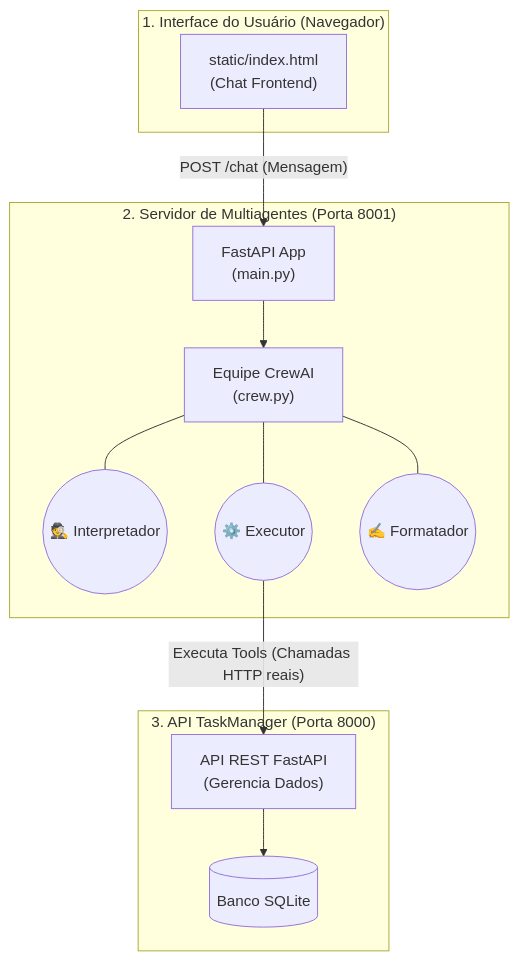
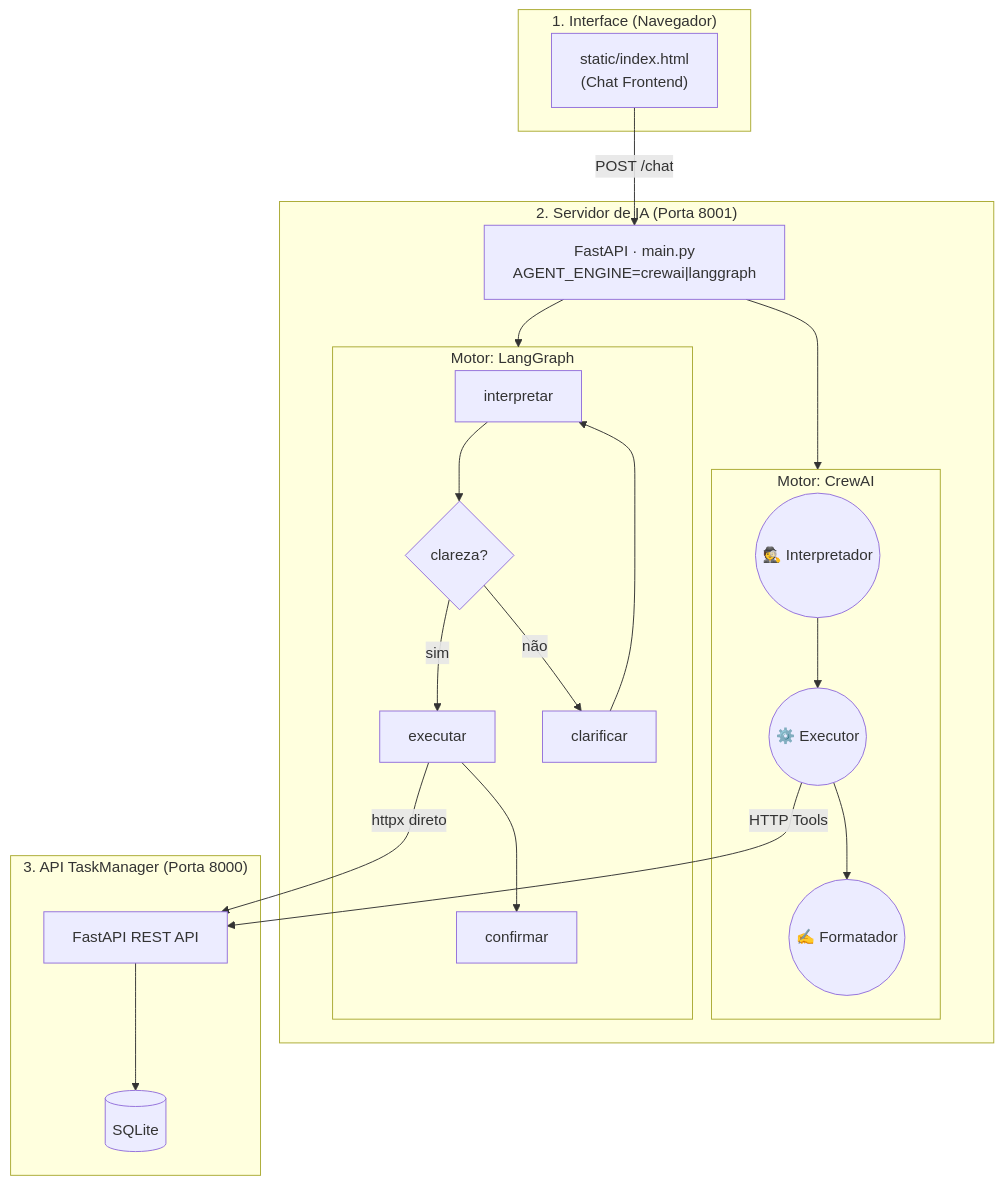
Before and after one commit to ElyssonAlvs/TaskAgentV2: the diagram in README.md, drawn with Mermaid. The commit also changed other lines of this file and 1 other file, not shown here.

````diff
--- a/README.md
+++ b/README.md
@@ -39,27 +80,41 @@
 ```mermaid
 graph TD
-    subgraph Cliente ["1. Interface do Usuário (Navegador)"]
+    subgraph Cliente ["1. Interface (Navegador)"]
         UI["static/index.html<br>(Chat Frontend)"]
     end
 
-    subgraph Orquestrador ["2. Servidor de Multiagentes (Porta 8001)"]
-        FastAPI["FastAPI App<br>(main.py)"]
-        Crew["Equipe CrewAI<br>(crew.py)"]
-        
-        A1(("🕵️ Interpretador"))
-        A2(("⚙️ Executor"))
-        A3(("✍️ Formatador"))
-        
-        FastAPI --> Crew
-        Crew --- A1 & A2 & A3
+    subgraph Orquestrador ["2. Servidor de IA (Porta 8001)"]
+        FastAPI["FastAPI · main.py<br>AGENT_ENGINE=crewai|langgraph"]
+
+        subgraph CrewAI ["Motor: CrewAI"]
+            A1(("🕵️ Interpretador"))
+            A2(("⚙️ Executor"))
+            A3(("✍️ Formatador"))
+            A1 --> A2 --> A3
+        end
+
+        subgraph LangGraph ["Motor: LangGraph"]
+            N1["interpretar"]
+            N2{"clareza?"}
+            N3["executar"]
+            N4["clarificar"]
+            N5["confirmar"]
+            N1 --> N2
+            N2 -- "sim" --> N3 --> N5
+            N2 -- "não" --> N4 --> N1
+        end
+
+        FastAPI --> CrewAI
+        FastAPI --> LangGraph
     end
 
     subgraph Persistencia ["3. API TaskManager (Porta 8000)"]
-        Backend["API REST FastAPI<br>(Gerencia Dados)"]
-        DB[(Banco SQLite)]
+        Backend["FastAPI REST API"]
+        DB[(SQLite)]
         Backend --> DB
     end
 
-    UI -- "POST /chat (Mensagem)" --> FastAPI
-    A2 -- "Executa Tools (Chamadas HTTP reais)" --> Backend
+    UI -- "POST /chat" --> FastAPI
+    A2 -- "HTTP Tools" --> Backend
+    N3 -- "httpx direto" --> Backend
 ```
````
